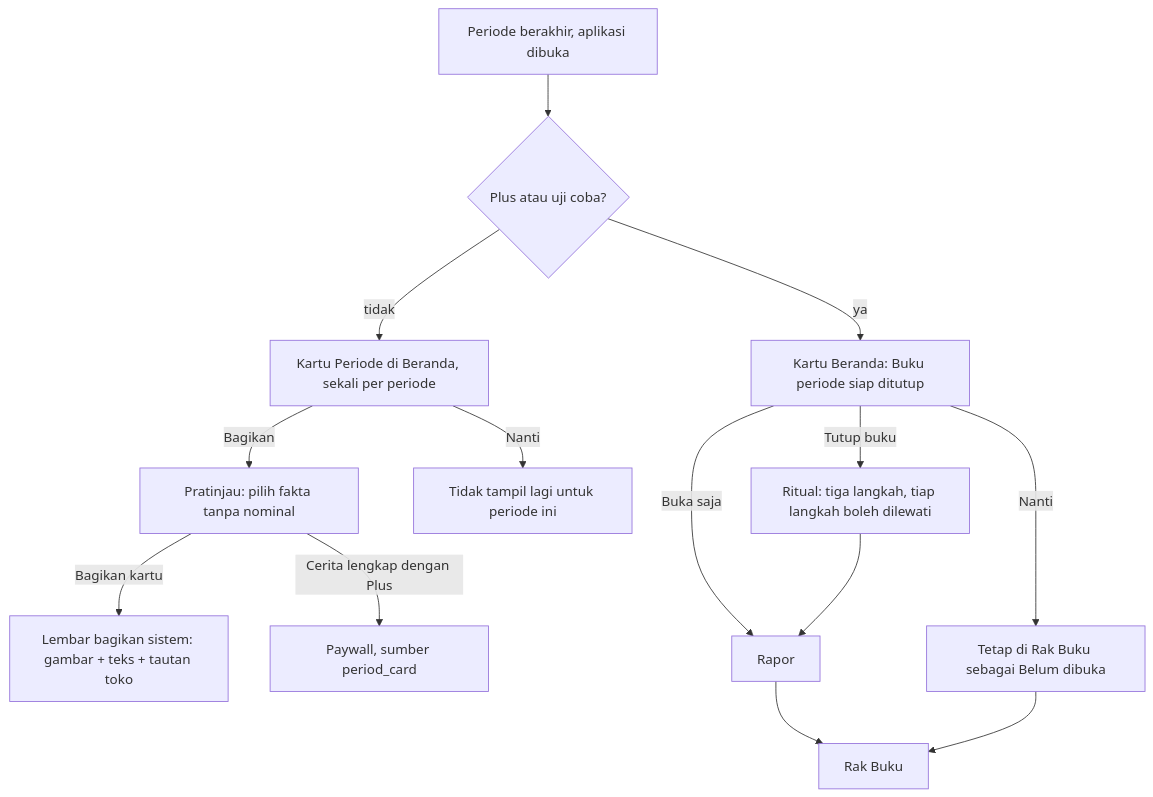
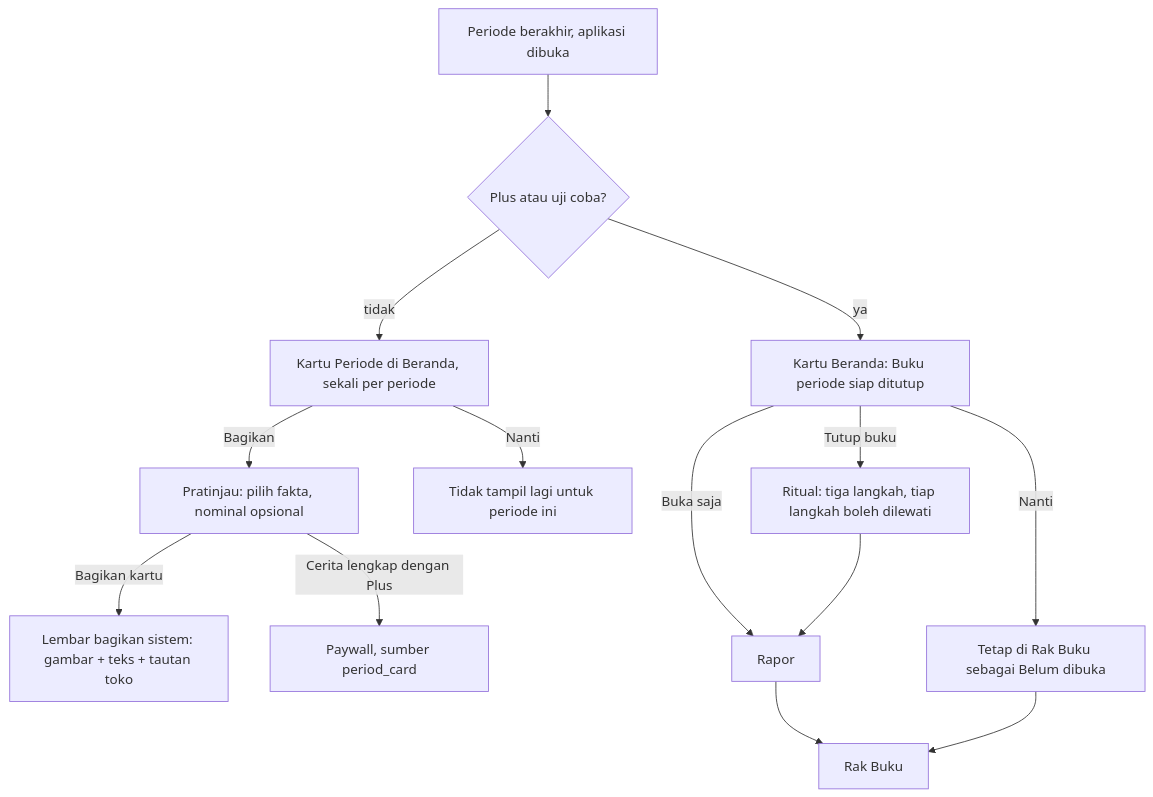
Before and after one commit to arkariz/Saldough: the diagram in docs/01-product/features/BUKU_PERIODE.md, drawn with Mermaid. The commit also changed other lines of this file and 5 other files, not shown here.

````diff
--- a/docs/01-product/features/BUKU_PERIODE.md
+++ b/docs/01-product/features/BUKU_PERIODE.md
@@ -182,16 +186,16 @@
 ```mermaid
 flowchart TD
   A[Periode berakhir, aplikasi dibuka] --> B{Plus atau uji coba?}
   B -- tidak --> T[Kartu Periode di Beranda, sekali per periode]
-  T -- Bagikan --> V[Pratinjau: pilih fakta tanpa nominal]
+  T -- Bagikan --> V[Pratinjau: pilih fakta, nominal opsional]
   V -- Bagikan kartu --> W[Lembar bagikan sistem: gambar + teks + tautan toko]
   V -- Cerita lengkap dengan Plus --> P[Paywall, sumber period_card]
   T -- Nanti --> Z[Tidak tampil lagi untuk periode ini]
   B -- ya --> C[Kartu Beranda: Buku periode siap ditutup]
   C -- Tutup buku --> R[Ritual: tiga langkah, tiap langkah boleh dilewati]
   C -- Buka saja --> K[Rapor]
   R --> K
   C -- Nanti --> S[Tetap di Rak Buku sebagai Belum dibuka]
   K --> H[Rak Buku]
   S --> H
 ```
````
